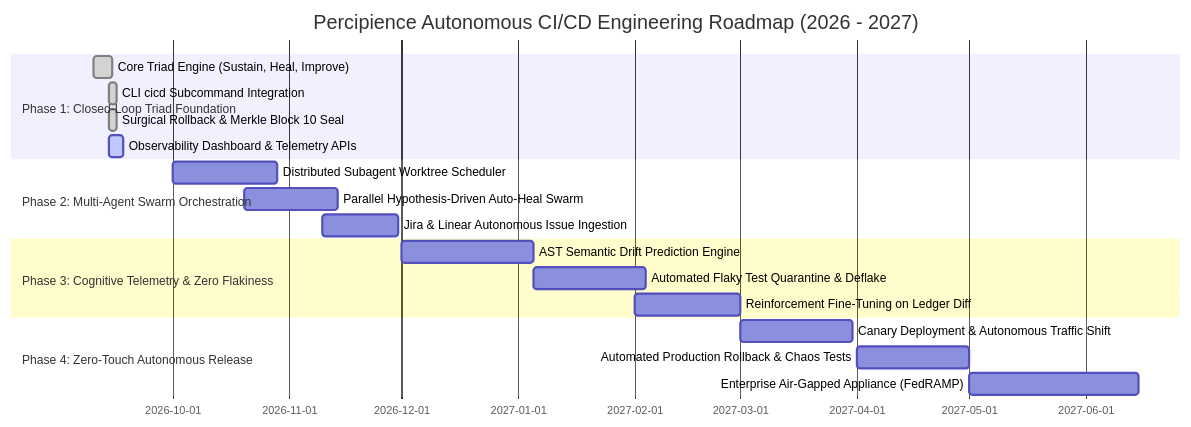
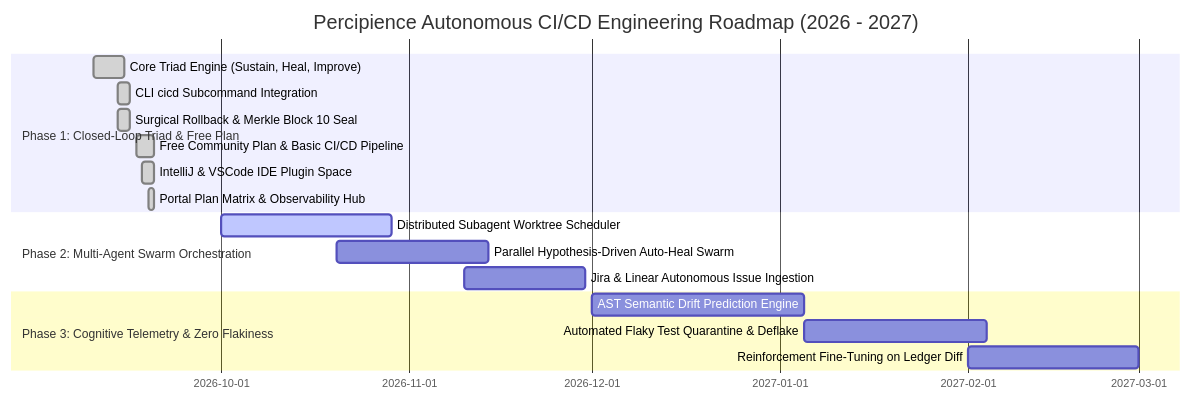
Before and after one commit to lakhwindersingh/nb_fairyfly: the third of 3 diagrams in workplace/docs/reports/autonomous_cicd_roadmap.md, drawn with Mermaid. The commit also changed other lines of this file and 120 other files, not shown here.

````diff
--- a/workplace/docs/reports/autonomous_cicd_roadmap.md
+++ b/workplace/docs/reports/autonomous_cicd_roadmap.md
@@ -101,25 +101,22 @@
 ```mermaid
 gantt
     title Percipience Autonomous CI/CD Engineering Roadmap (2026 - 2027)
     dateFormat  YYYY-MM-DD
-    section Phase 1: Closed-Loop Triad Foundation
+    section Phase 1: Closed-Loop Triad & Free Plan
     Core Triad Engine (Sustain, Heal, Improve)   :done, p1_1, 2026-09-10, 5d
     CLI cicd Subcommand Integration              :done, p1_2, 2026-09-14, 2d
     Surgical Rollback & Merkle Block 10 Seal     :done, p1_3, 2026-09-14, 2d
-    Observability Dashboard & Telemetry APIs     :active, p1_4, 2026-09-14, 4d
+    Free Community Plan & Basic CI/CD Pipeline   :done, p1_4, 2026-09-17, 3d
+    IntelliJ & VSCode IDE Plugin Space           :done, p1_5, 2026-09-18, 2d
+    Portal Plan Matrix & Observability Hub       :done, p1_6, 2026-09-19, 1d
 
     section Phase 2: Multi-Agent Swarm Orchestration
-    Distributed Subagent Worktree Scheduler      :p2_1, 2026-10-01, 28d
+    Distributed Subagent Worktree Scheduler      :active, p2_1, 2026-10-01, 28d
     Parallel Hypothesis-Driven Auto-Heal Swarm   :p2_2, 2026-10-20, 25d
     Jira & Linear Autonomous Issue Ingestion     :p2_3, 2026-11-10, 20d
 
     section Phase 3: Cognitive Telemetry & Zero Flakiness
     AST Semantic Drift Prediction Engine         :p3_1, 2026-12-01, 35d
     Automated Flaky Test Quarantine & Deflake    :p3_2, 2027-01-05, 30d
     Reinforcement Fine-Tuning on Ledger Diff     :p3_3, 2027-02-01, 28d
-
-    section Phase 4: Zero-Touch Autonomous Release
-    Canary Deployment & Autonomous Traffic Shift :p4_1, 2027-03-01, 30d
-    Automated Production Rollback & Chaos Tests  :p4_2, 2027-04-01, 30d
-    Enterprise Air-Gapped Appliance (FedRAMP)    :p4_3, 2027-05-01, 45d
 ```
````
